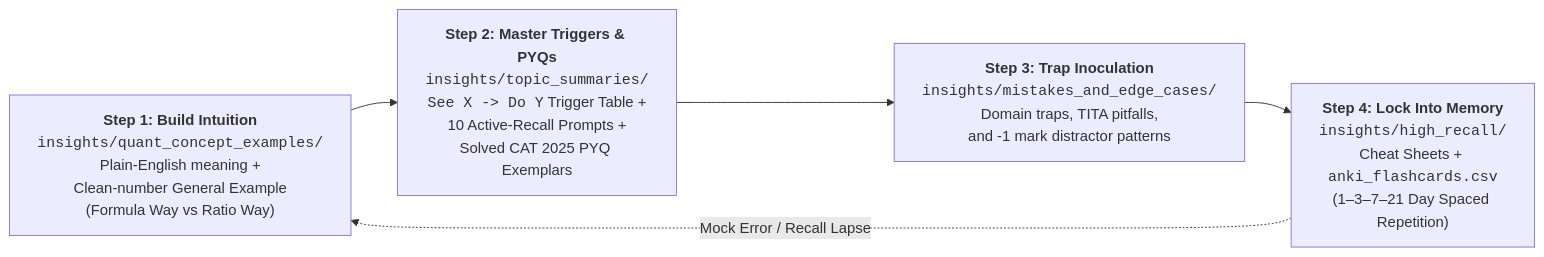
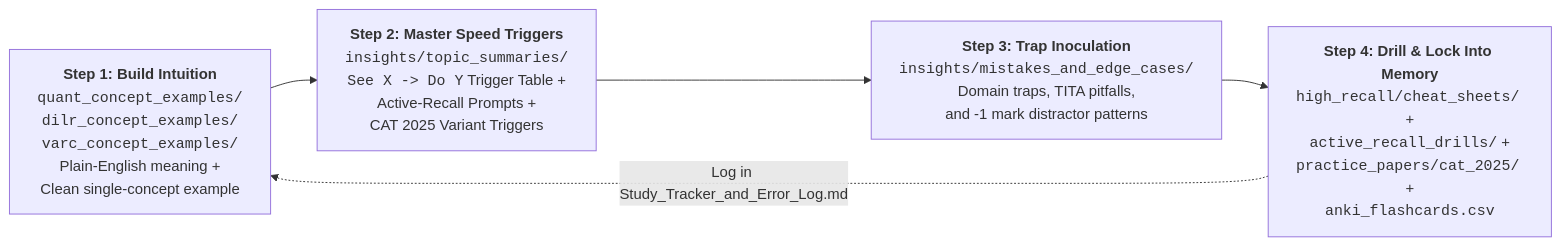
One commit to Vallabhkejgir/CAT-Prep changed the first of 3 diagrams in insights/CAT_Study_Roadmap_and_Flow.md. Above: the diagram before and after it, drawn with Mermaid. The commit also changed other lines of this file and 60 other files, not shown here.

Commit message:
Add DILR/VARC concept examples, CAT 2025 practice papers, active recall drills, and study tracker

````diff
--- a/insights/CAT_Study_Roadmap_and_Flow.md
+++ b/insights/CAT_Study_Roadmap_and_Flow.md
@@ -13,10 +13,10 @@
 ```mermaid
 flowchart LR
-    S1["<b>Step 1: Build Intuition</b><br/><code>insights/quant_concept_examples/</code><br/>Plain-English meaning +<br/>Clean-number General Example<br/>(Formula Way vs Ratio Way)"]
-    S2["<b>Step 2: Master Triggers & PYQs</b><br/><code>insights/topic_summaries/</code><br/><code>See X -> Do Y</code> Trigger Table +<br/>10 Active-Recall Prompts +<br/>Solved CAT 2025 PYQ Exemplars"]
+    S1["<b>Step 1: Build Intuition</b><br/><code>quant_concept_examples/</code><br/><code>dilr_concept_examples/</code><br/><code>varc_concept_examples/</code><br/>Plain-English meaning +<br/>Clean single-concept example"]
+    S2["<b>Step 2: Master Speed Triggers</b><br/><code>insights/topic_summaries/</code><br/><code>See X -> Do Y</code> Trigger Table +<br/>Active-Recall Prompts +<br/>CAT 2025 Variant Triggers"]
     S3["<b>Step 3: Trap Inoculation</b><br/><code>insights/mistakes_and_edge_cases/</code><br/>Domain traps, TITA pitfalls,<br/>and -1 mark distractor patterns"]
-    S4["<b>Step 4: Lock Into Memory</b><br/><code>insights/high_recall/</code><br/>Cheat Sheets + <code>anki_flashcards.csv</code><br/>(1–3–7–21 Day Spaced Repetition)"]
+    S4["<b>Step 4: Drill & Lock Into Memory</b><br/><code>high_recall/cheat_sheets/</code> +<br/><code>active_recall_drills/</code> +<br/><code>practice_papers/cat_2025/</code> +<br/><code>anki_flashcards.csv</code>"]
 
     S1 --> S2 --> S3 --> S4
-    S4 -.->|"Mock Error / Recall Lapse"| S1
+    S4 -.->|"Log in Study_Tracker_and_Error_Log.md"| S1
 ```
````
